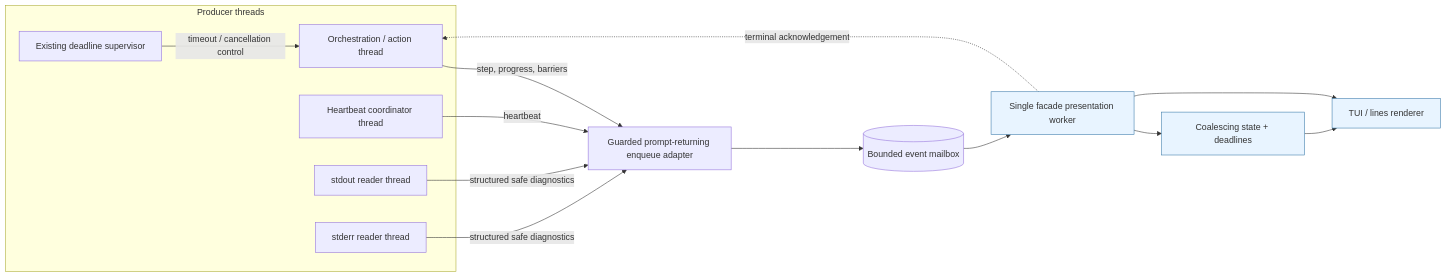
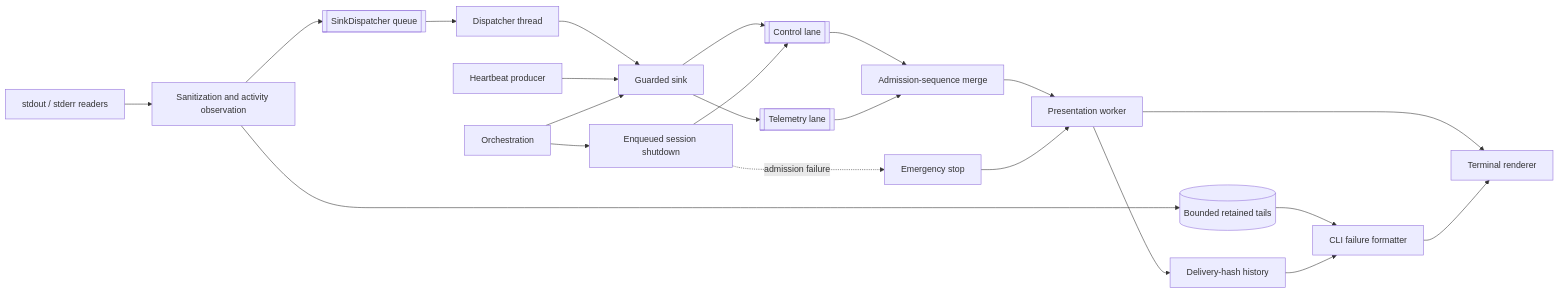
One commit to alexvas/docker-constructor changed the first of 3 diagrams in openspec/changes/improve-host-build-observability/design.md. Above: the diagram before and after it, drawn with Mermaid. The commit also changed other lines of this file and 5 other files, not shown here.

````diff
--- a/openspec/changes/improve-host-build-observability/design.md
+++ b/openspec/changes/improve-host-build-observability/design.md
@@ -97,27 +34,24 @@
 ```mermaid
 flowchart LR
-    subgraph Producers[Producer threads]
-        O[Orchestration / action thread]
-        H[Heartbeat coordinator thread]
-        SO[stdout reader thread]
-        SE[stderr reader thread]
-        D[Existing deadline supervisor]
-    end
-
-    O -->|step, progress, barriers| E[Guarded prompt-returning enqueue adapter]
-    H -->|heartbeat| E
-    SO -->|structured safe diagnostics| E
-    SE -->|structured safe diagnostics| E
-    D -->|timeout / cancellation control| O
-    E --> Q[(Bounded event mailbox)]
-
-    Q --> P[Single facade presentation worker]
-    P --> C[Coalescing state + deadlines]
-    P --> R[TUI / lines renderer]
-    C --> R
-
-    P -. terminal acknowledgement .-> O
-
-    classDef owner fill:#e8f4ff,stroke:#3778a8
-    class P,C,R owner
+    R[stdout / stderr readers] --> S[Sanitization and activity observation]
+    S --> T[(Bounded retained tails)]
+    S --> Q1[[SinkDispatcher queue]]
+    Q1 --> D[Dispatcher thread]
+    D --> G[Guarded sink]
+    H[Heartbeat producer] --> G
+    O[Orchestration] --> G
+    G --> C[[Control lane]]
+    G --> Q2[[Telemetry lane]]
+    C --> M[Admission-sequence merge]
+    Q2 --> M
+    M --> A[Presentation worker]
+    A --> W[Terminal renderer]
+    A --> DH[Delivery-hash history]
+    T --> F[CLI failure formatter]
+    DH --> F
+    F --> W
+    O --> SH[Enqueued session shutdown]
+    SH --> C
+    SH -. admission failure .-> E[Emergency stop]
+    E --> A
 ```
````
